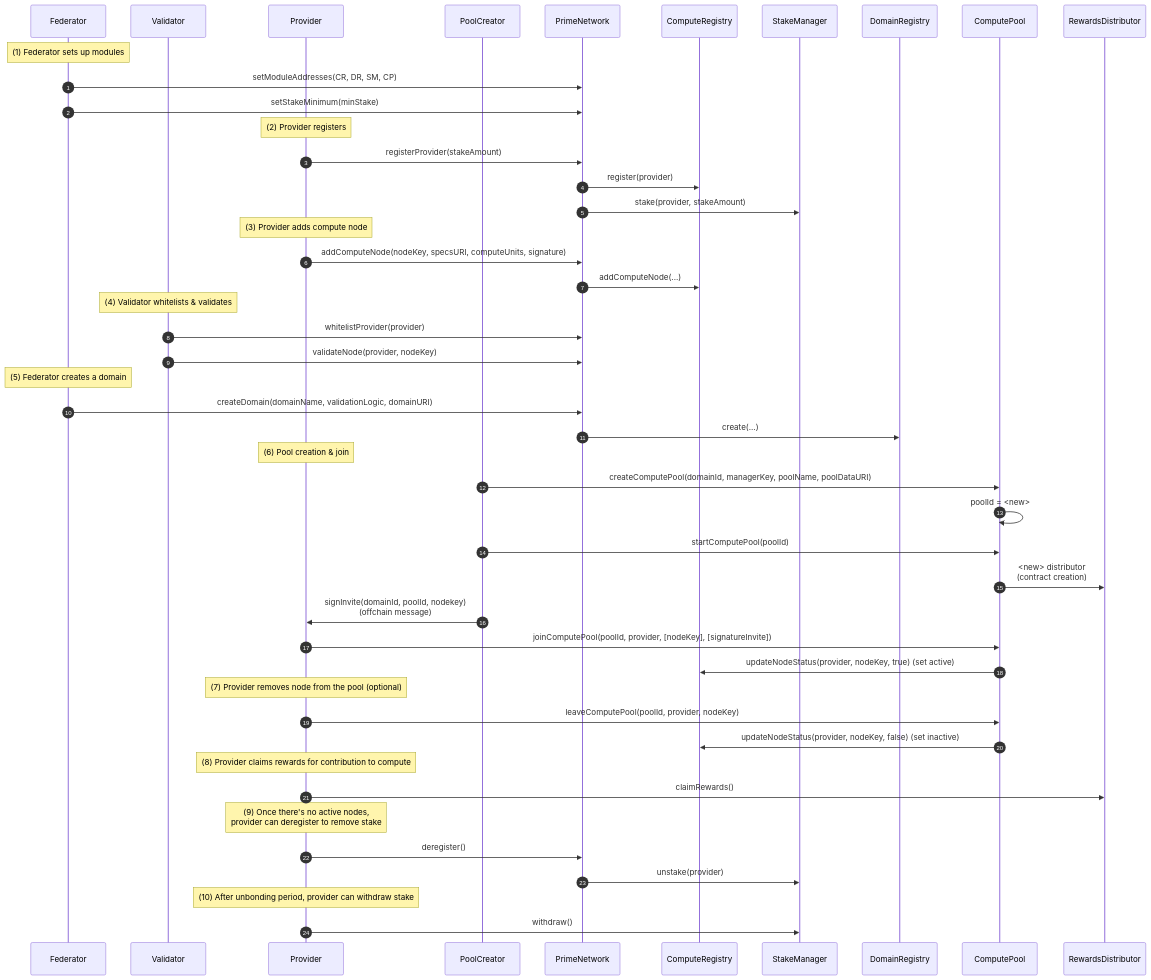
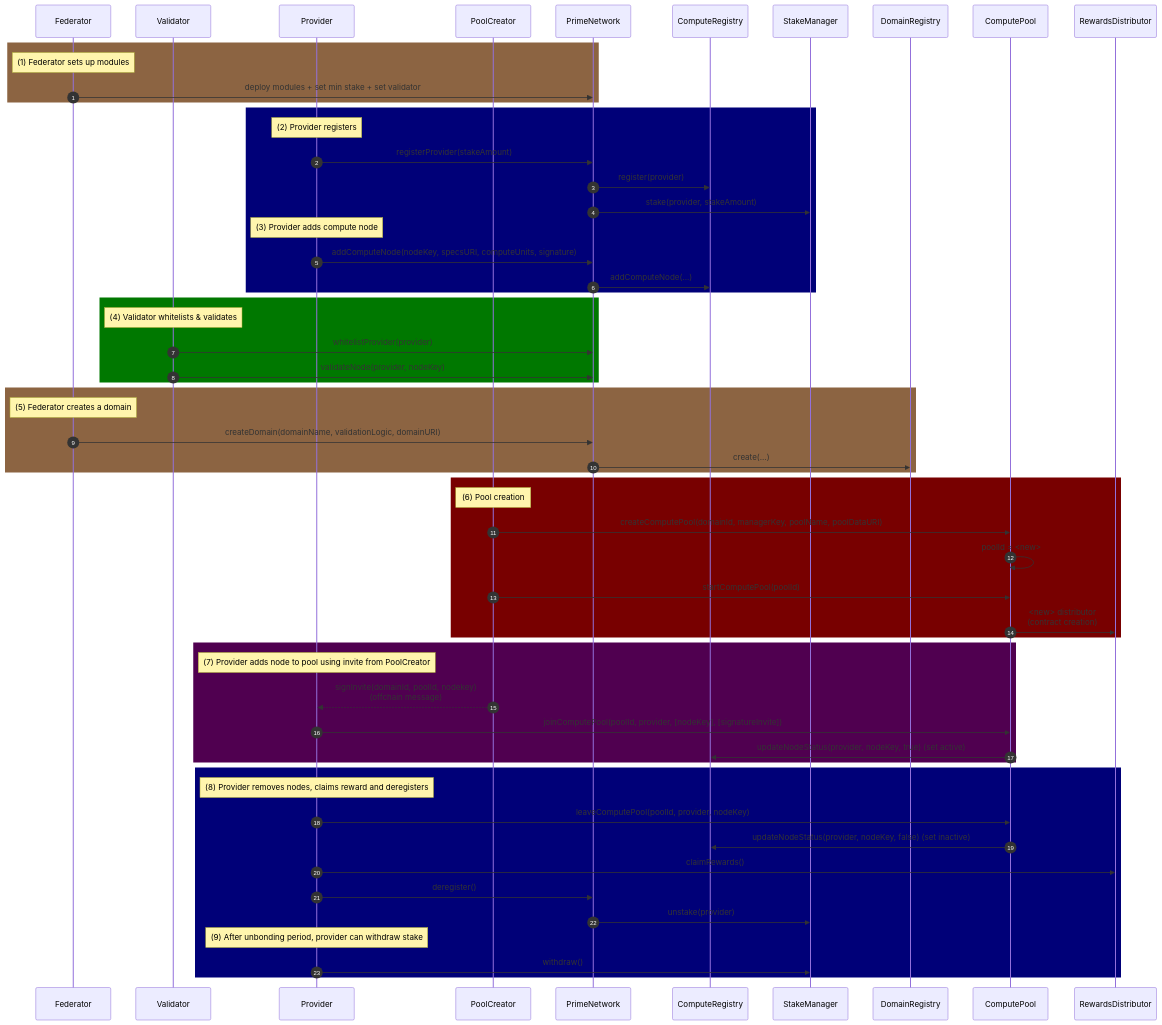
Before and after one commit to outwrit/smart-contracts: the diagram in README.md, drawn with Mermaid. The commit also changed other lines of this file, not shown here.

Commit message:
add colored segments to diagram that relate to the actor

````diff
--- a/README.md
+++ b/README.md
@@ -90,58 +90,69 @@
 ```mermaid
 sequenceDiagram
     autonumber
     participant F as Federator
     participant V as Validator
     participant P as Provider
     participant PC as PoolCreator
     participant PN as PrimeNetwork
     participant CR as ComputeRegistry
     participant SM as StakeManager
     participant DR as DomainRegistry
     participant CP as ComputePool
     participant RD as RewardsDistributor
 
+    rect rgb(140, 100, 66)
     Note over F: (1) Federator sets up modules
-    F->>PN: setModuleAddresses(CR, DR, SM, CP)
-    F->>PN: setStakeMinimum(minStake)
+    F->>PN: deploy modules  + set min stake + set validator
+    end
 
+    rect rgb(0, 0, 120)
     Note over P: (2) Provider registers
     P->>PN: registerProvider(stakeAmount)
     PN->>CR: register(provider)
     PN->>SM: stake(provider, stakeAmount)
 
     Note over P: (3) Provider adds compute node
     P->>PN: addComputeNode(nodeKey, specsURI, computeUnits, signature)
     PN->>CR: addComputeNode(...)
+    end
 
+    rect rgb(0, 120, 0)
     Note over V: (4) Validator whitelists & validates
     V->>PN: whitelistProvider(provider)
     V->>PN: validateNode(provider, nodeKey)
+    end
 
+    rect rgb(140, 100, 66)
     Note over F: (5) Federator creates a domain
     F->>PN: createDomain(domainName, validationLogic, domainURI)
     PN->>DR: create(...)
+    end
 
-    Note over P: (6) Pool creation & join
+    rect rgb(120, 0, 0)
+    Note over PC: (6) Pool creation
     PC->>CP: createComputePool(domainId, managerKey, poolName, poolDataURI)
     CP->>CP: poolId = <new>
     PC->>CP: startComputePool(poolId)
     CP->>RD: <new> distributor <br /> (contract creation)
-    PC->>P: signInvite(domainId, poolId, nodekey) <br /> (offchain message)
+    end
+    rect rgb(80, 0, 80)
+    Note over P: (7) Provider adds node to pool using invite from PoolCreator
+    PC-->>P: signInvite(domainId, poolId, nodekey) <br /> (offchain message)
     P->>CP: joinComputePool(poolId, provider, [nodeKey], [signatureInvite])
     CP->>CR: updateNodeStatus(provider, nodeKey, true) (set active)
+    end
+    
 
-    Note over P: (7) Provider removes node from the pool (optional)
+    rect rgb(0, 0, 120)
+    Note over P: (8) Provider removes nodes, claims reward and deregisters
     P->>CP: leaveComputePool(poolId, provider, nodeKey)
     CP->>CR: updateNodeStatus(provider, nodeKey, false) (set inactive)
-
-    Note over P: (8) Provider claims rewards for contribution to compute
     P->>RD: claimRewards()
-
-    Note over P: (9) Once there's no active nodes, <br /> provider can deregister to remove stake
     P->>PN: deregister()
     PN->>SM: unstake(provider)
 
-    Note over P: (10) After unbonding period, provider can withdraw stake
+    Note over P: (9) After unbonding period, provider can withdraw stake
     P->>SM: withdraw()
+    end
 ```
````
